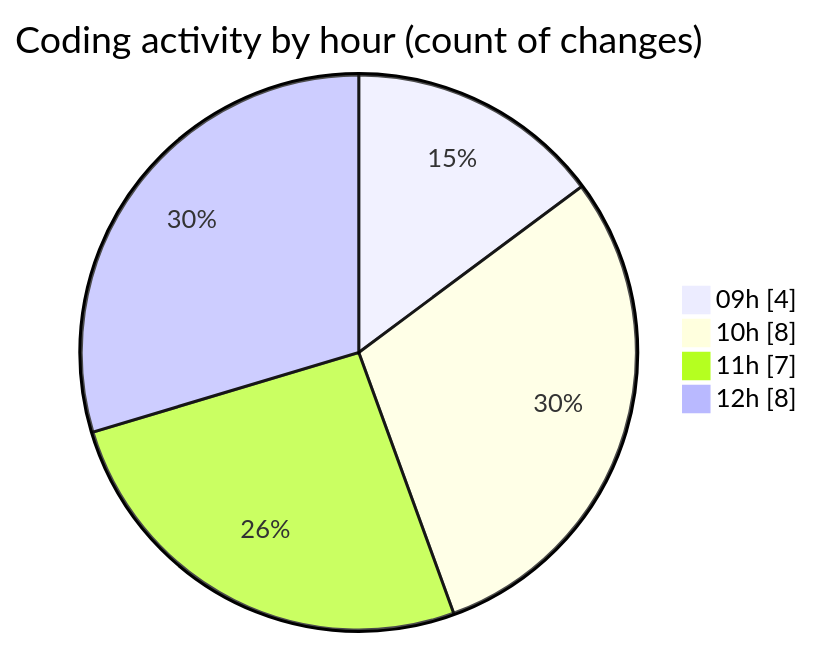
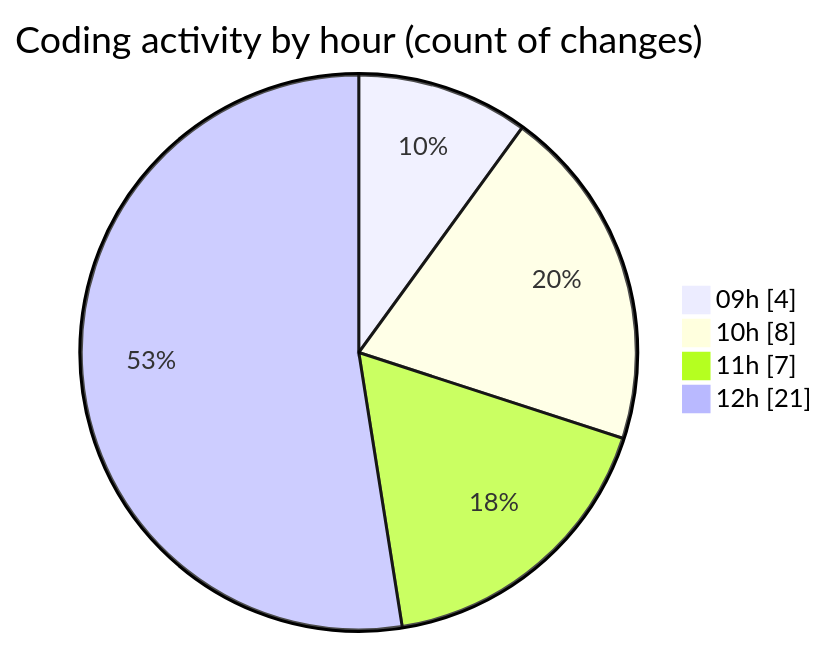
Before and after one commit to momahboobian/code-tracking: the second of 2 diagrams in 2026-08-03/cda/README.md, drawn with Mermaid. The commit also changed other lines of this file and 1 other file, not shown here.

````diff
--- a/2026-08-03/cda/README.md
+++ b/2026-08-03/cda/README.md
@@ -39,8 +40,8 @@
 ```mermaid
 pie showData
 title Coding activity by hour (count of changes)
 "09h" : 4
 "10h" : 8
 "11h" : 7
-"12h" : 8
+"12h" : 21
 ```
````
